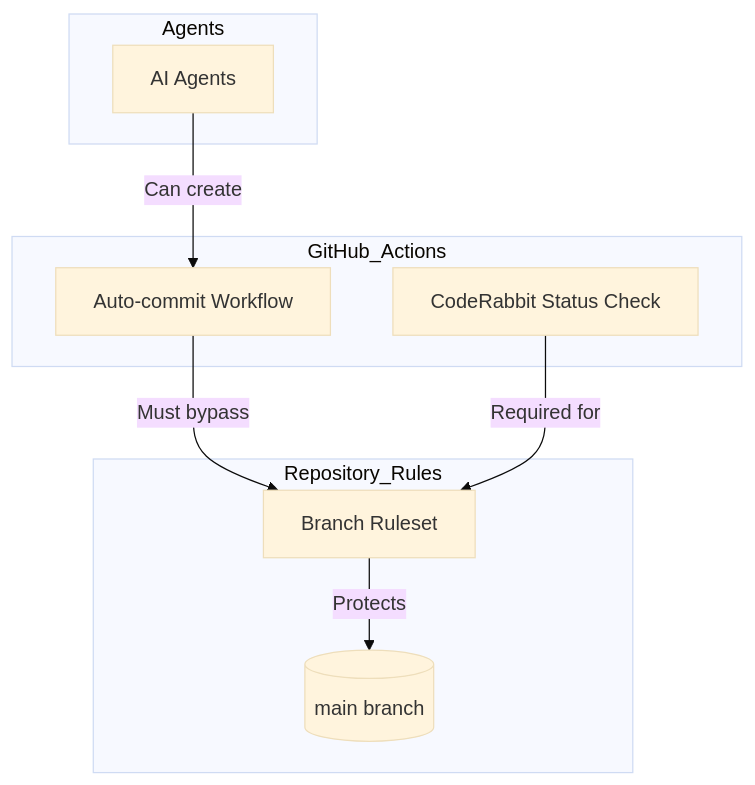
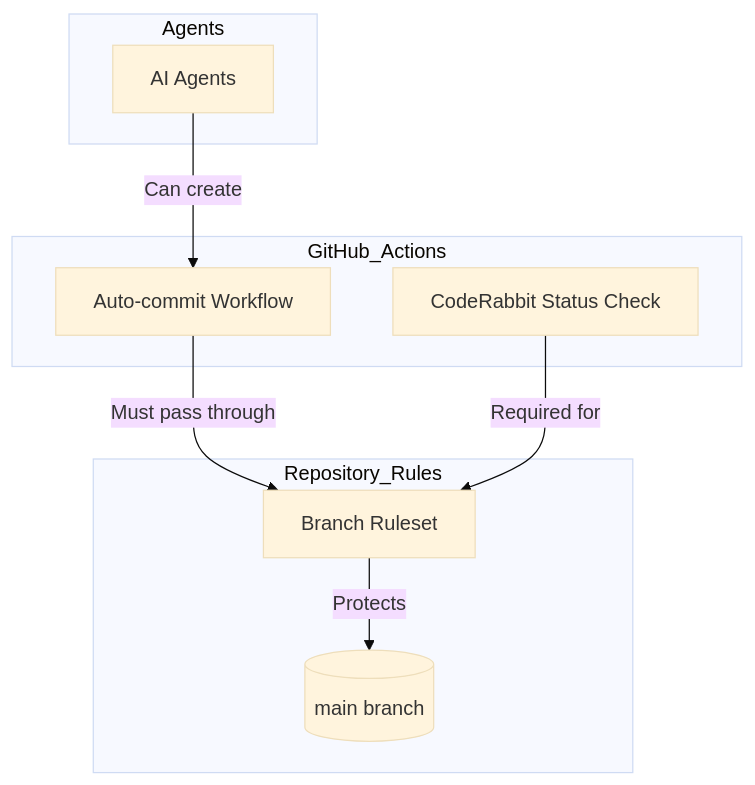
One commit to blixten85/repo-standard changed the first of 2 diagrams in .cubic/wiki/04-section-backend-systems/01-page-auto-commit.md. Above: the diagram before and after it, drawn with Mermaid (base theme). The commit also changed 18 other files, not shown here.

````diff
--- a/.cubic/wiki/04-section-backend-systems/01-page-auto-commit.md
+++ b/.cubic/wiki/04-section-backend-systems/01-page-auto-commit.md
@@ -34,21 +34,21 @@
 ```mermaid
 flowchart TD
     subgraph GitHub_Actions
         AC[Auto-commit Workflow]
         CR[CodeRabbit Status Check]
     end
     
     subgraph Repository_Rules
         BR[Branch Ruleset]
         Main[(main branch)]
     end
     
     subgraph Agents
         AA[AI Agents]
     end
 
     AA -- "Can create" --> AC
-    AC -- "Must bypass" --> BR
+    AC -- "Must pass through" --> BR
     BR -- "Protects" --> Main
     CR -- "Required for" --> BR
 ```
````
